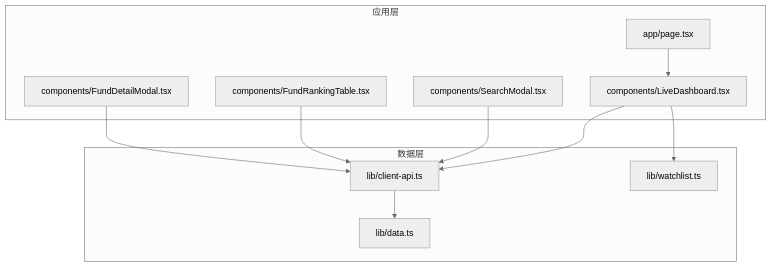
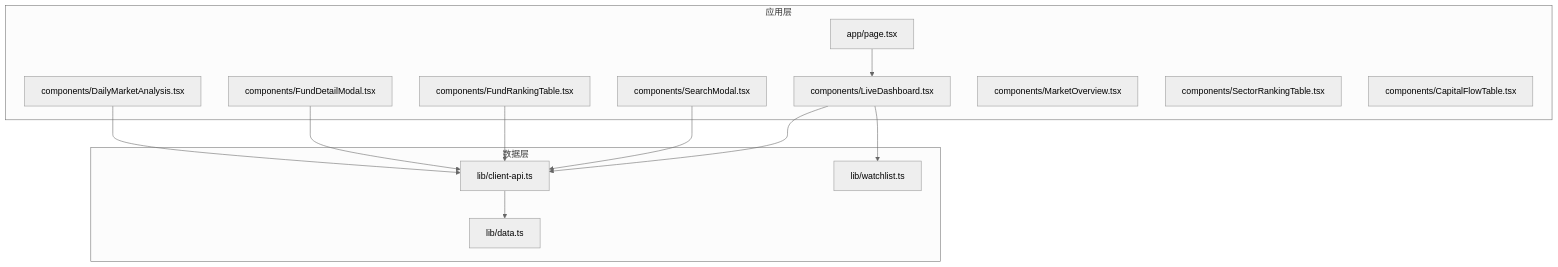
The first of 6 diagrams in .qoder/repowiki/zh/content/数据管理/API客户端.md (Neveryu/react-fund), drawn with Mermaid (neutral theme) before and after one commit. The commit also changed other lines of this file and 15 other files, not shown here.

````diff
--- a/.qoder/repowiki/zh/content/数据管理/API客户端.md
+++ b/.qoder/repowiki/zh/content/数据管理/API客户端.md
@@ -45,22 +50,27 @@
 ```mermaid
 graph TB
 subgraph "应用层"
 Page["app/page.tsx"]
 Dashboard["components/LiveDashboard.tsx"]
 SearchModal["components/SearchModal.tsx"]
 FundRanking["components/FundRankingTable.tsx"]
 FundDetail["components/FundDetailModal.tsx"]
+DailyAnalysis["components/DailyMarketAnalysis.tsx"]
+MarketOverview["components/MarketOverview.tsx"]
+SectorRanking["components/SectorRankingTable.tsx"]
+CapitalFlow["components/CapitalFlowTable.tsx"]
 end
 subgraph "数据层"
 ClientAPI["lib/client-api.ts"]
 DataModel["lib/data.ts"]
 Watchlist["lib/watchlist.ts"]
 end
 Page --> Dashboard
 Dashboard --> ClientAPI
 SearchModal --> ClientAPI
 FundRanking --> ClientAPI
 FundDetail --> ClientAPI
+DailyAnalysis --> ClientAPI
 Dashboard --> Watchlist
 ClientAPI --> DataModel
 ```
````
